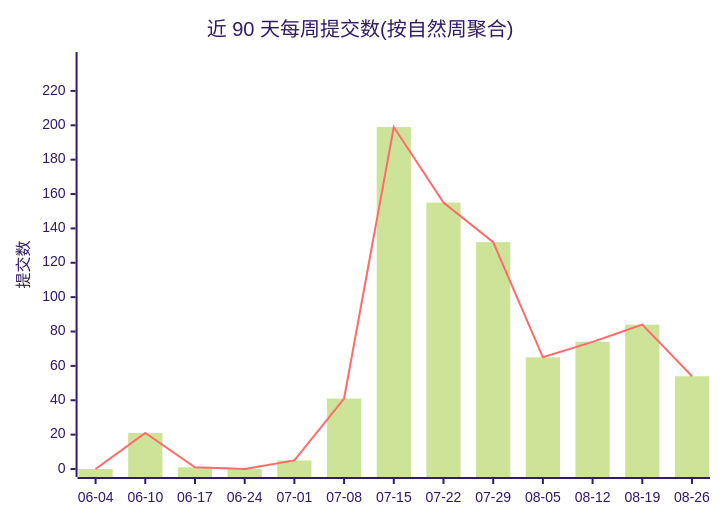
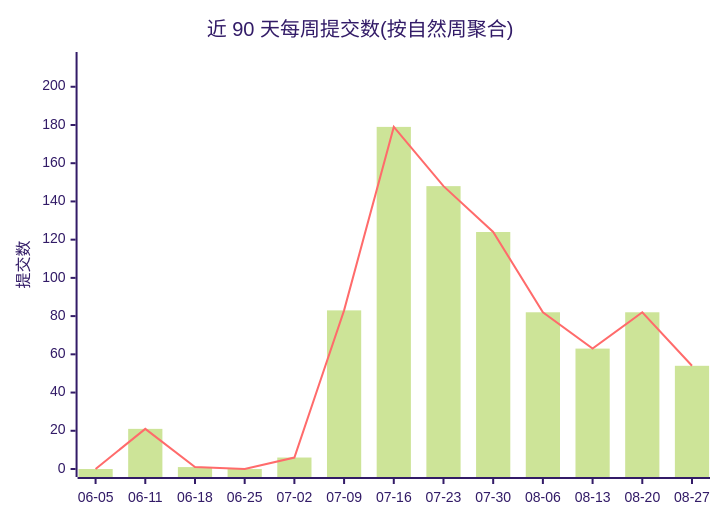
The first of 2 diagrams in profile/README.md (Conflux-Union/.github), drawn with Mermaid (forest theme) before and after one commit. The commit also changed other lines of this file and 1 other file, not shown here.

````diff
--- a/profile/README.md
+++ b/profile/README.md
@@ -44,8 +44,8 @@
 ```mermaid
 xychart-beta
     title "近 90 天每周提交数(按自然周聚合)"
-    x-axis ["06-04", "06-10", "06-17", "06-24", "07-01", "07-08", "07-15", "07-22", "07-29", "08-05", "08-12", "08-19", "08-26"]
-    y-axis "提交数" 0 --> 238
-    bar [0, 21, 1, 0, 5, 41, 199, 155, 132, 65, 74, 84, 54]
-    line [0, 21, 1, 0, 5, 41, 199, 155, 132, 65, 74, 84, 54]
+    x-axis ["06-05", "06-11", "06-18", "06-25", "07-02", "07-09", "07-16", "07-23", "07-30", "08-06", "08-13", "08-20", "08-27"]
+    y-axis "提交数" 0 --> 214
+    bar [0, 21, 1, 0, 6, 83, 179, 148, 124, 82, 63, 82, 54]
+    line [0, 21, 1, 0, 6, 83, 179, 148, 124, 82, 63, 82, 54]
 ```
````
